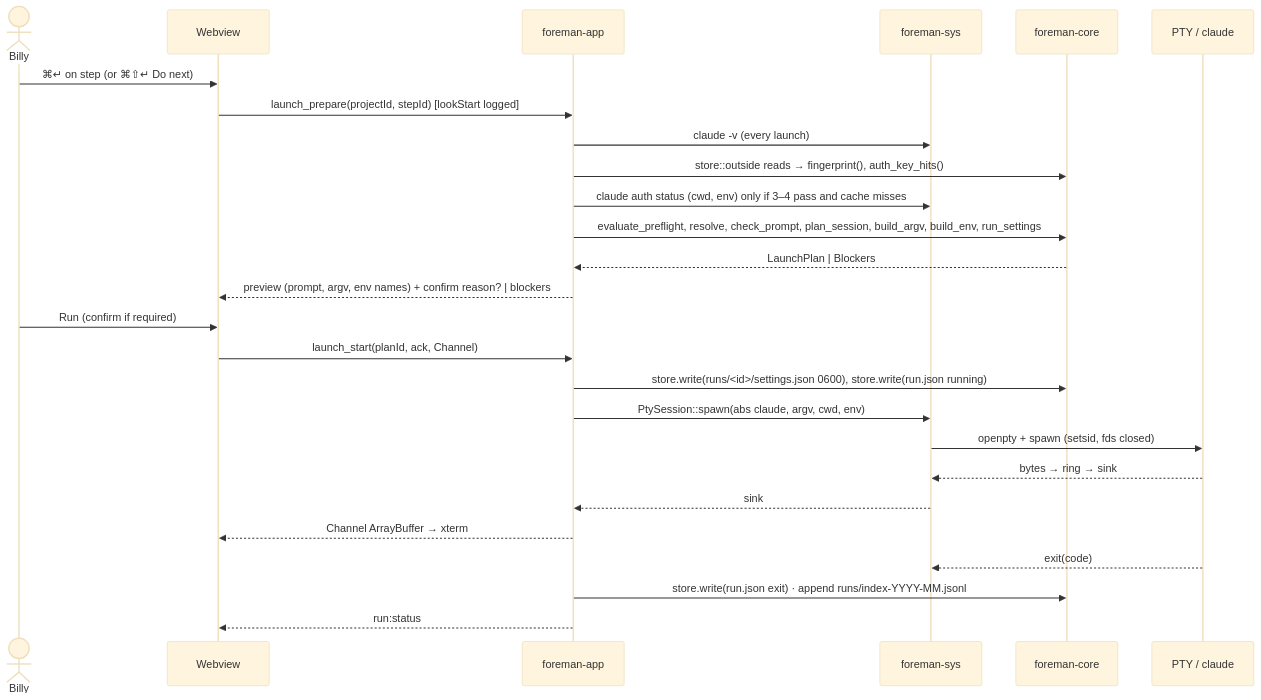
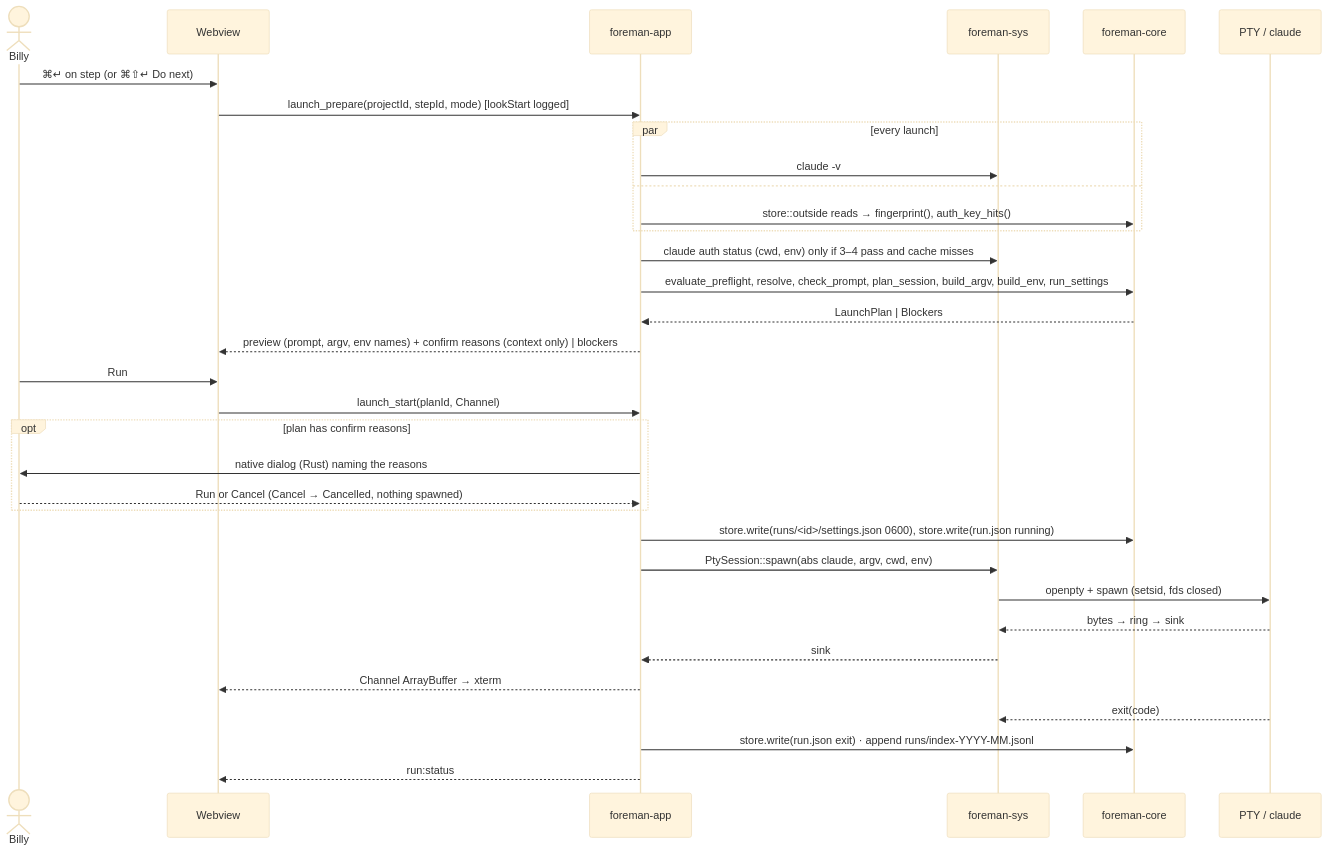
The second of 2 diagrams in docs/design-doc.md (billyribeiro-ux/engine-assist), drawn with Mermaid (base theme) before and after one commit. The commit also changed other lines of this file and 79 other files, not shown here.

````diff
--- a/docs/design-doc.md
+++ b/docs/design-doc.md
@@ -364,28 +346,35 @@
 ```mermaid
 sequenceDiagram
   actor B as Billy
   participant UI as Webview
   participant A as foreman-app
   participant S as foreman-sys
   participant C as foreman-core
   participant P as PTY / claude
   B->>UI: ⌘↵ on step (or ⌘⇧↵ Do next)
-  UI->>A: launch_prepare(projectId, stepId) [lookStart logged]
-  A->>S: claude -v (every launch)
-  A->>C: store::outside reads → fingerprint(), auth_key_hits()
+  UI->>A: launch_prepare(projectId, stepId, mode) [lookStart logged]
+  par every launch
+    A->>S: claude -v
+  and
+    A->>C: store::outside reads → fingerprint(), auth_key_hits()
+  end
   A->>S: claude auth status (cwd, env) only if 3–4 pass and cache misses
   A->>C: evaluate_preflight, resolve, check_prompt, plan_session, build_argv, build_env, run_settings
   C-->>A: LaunchPlan | Blockers
-  A-->>UI: preview (prompt, argv, env names) + confirm reason? | blockers
-  B->>UI: Run (confirm if required)
-  UI->>A: launch_start(planId, ack, Channel)
+  A-->>UI: preview (prompt, argv, env names) + confirm reasons (context only) | blockers
+  B->>UI: Run
+  UI->>A: launch_start(planId, Channel)
+  opt plan has confirm reasons
+    A->>B: native dialog (Rust) naming the reasons
+    B-->>A: Run or Cancel (Cancel → Cancelled, nothing spawned)
+  end
   A->>C: store.write(runs/<id>/settings.json 0600), store.write(run.json running)
   A->>S: PtySession::spawn(abs claude, argv, cwd, env)
   S->>P: openpty + spawn (setsid, fds closed)
   P-->>S: bytes → ring → sink
   S-->>A: sink
   A-->>UI: Channel ArrayBuffer → xterm
   P-->>S: exit(code)
   A->>C: store.write(run.json exit) · append runs/index-YYYY-MM.jsonl
   A-->>UI: run:status
 ```
````
